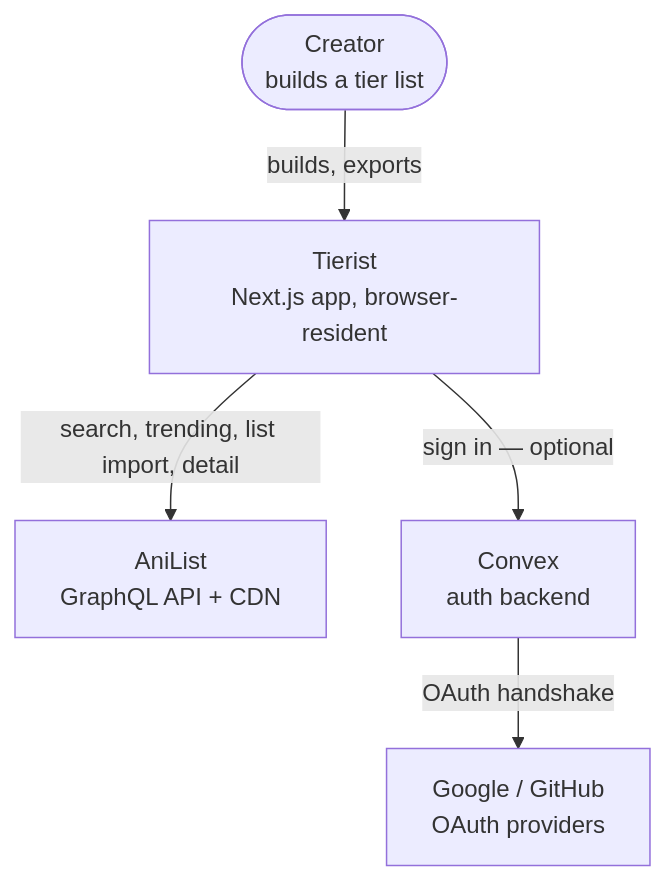
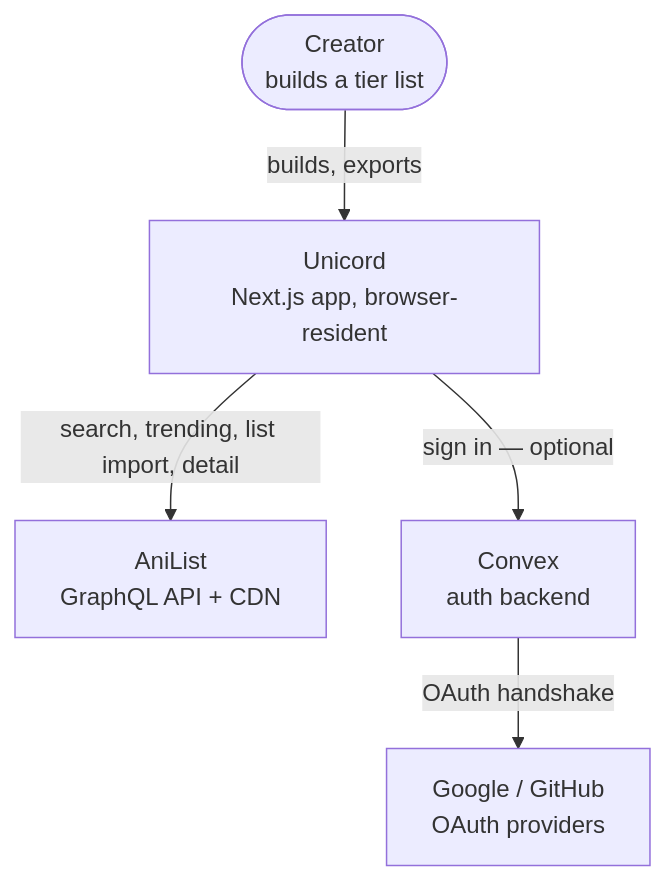
The first of 4 diagrams in .docs/architecture/context.md (unicord-table/anime-tier-list), drawn with Mermaid before and after one commit. The commit also changed other lines of this file and 21 other files, not shown here.

````diff
--- a/.docs/architecture/context.md
+++ b/.docs/architecture/context.md
@@ -9,13 +9,13 @@
 ```mermaid
 flowchart TB
     user(["Creator<br/>builds a tier list"])
-    app["Tierist<br/>Next.js app, browser-resident"]
+    app["Unicord<br/>Next.js app, browser-resident"]
     anilist["AniList<br/>GraphQL API + CDN"]
     oauth["Google / GitHub<br/>OAuth providers"]
     convex["Convex<br/>auth backend"]
 
     user -->|"builds, exports"| app
     app -->|"search, trending, list import, detail"| anilist
     app -->|"sign in — optional"| convex
     convex -->|"OAuth handshake"| oauth
 ```
````
